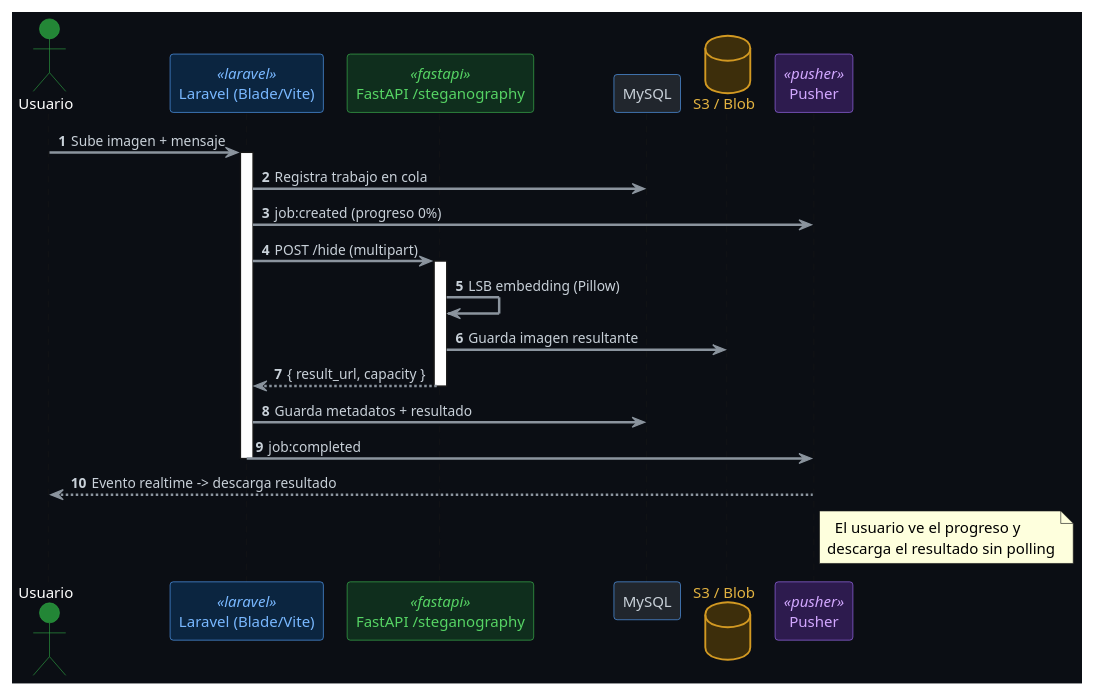
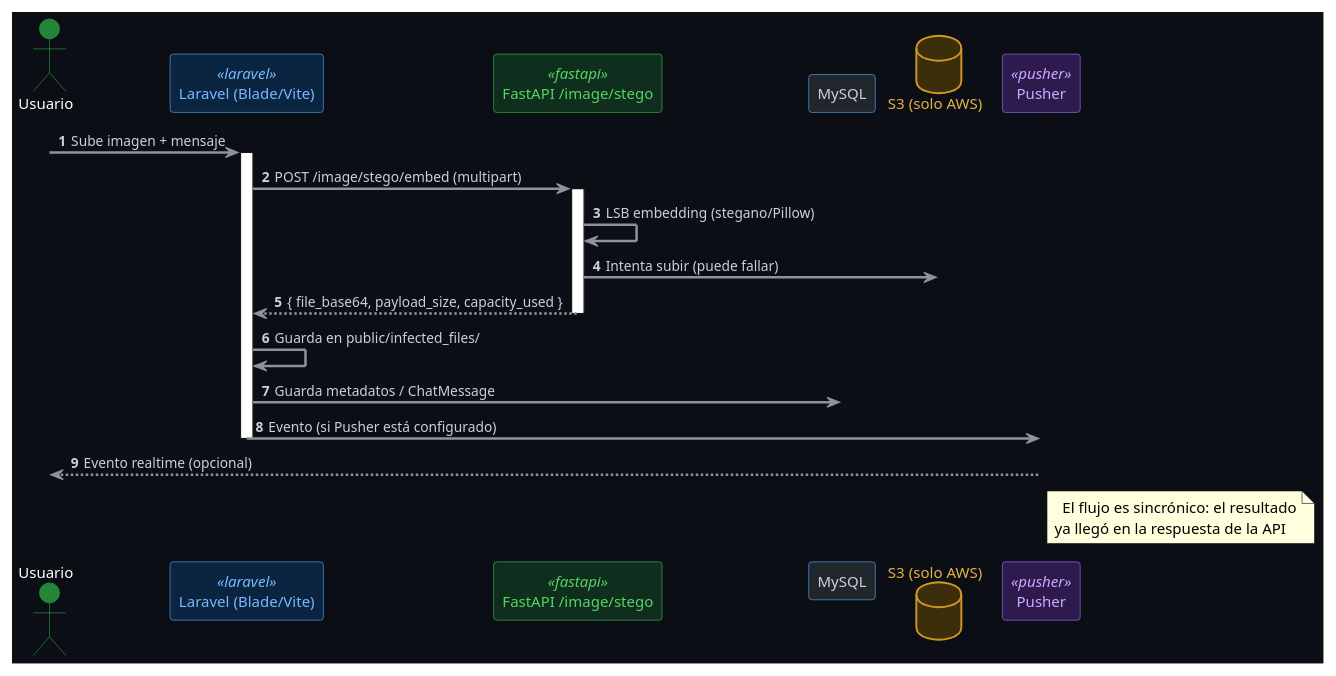
Before and after one commit to Aisaac123/KeyNography-: the tenth of 11 diagrams in docs/despliegue-multicloud.md, drawn with PlantUML. The commit also changed other lines of this file and 4 other files, not shown here.

````diff
--- a/docs/despliegue-multicloud.md
+++ b/docs/despliegue-multicloud.md
@@ -1008,69 +1015,68 @@
 ```plantuml
 @startuml Secuencia - Ocultar mensaje en imagen
 autonumber
 skinparam backgroundColor #0B0E14
 skinparam shadowing false
 skinparam defaultFontName "Segoe UI"
 skinparam defaultFontSize 12
 skinparam ArrowColor #8B949E
 skinparam ArrowFontColor #C9D1D9
 skinparam ArrowFontSize 11
 skinparam sequenceArrowThickness 2
 skinparam participant {
   BackgroundColor #21262D
   BorderColor #58A6FF
   FontColor #C9D1D9
 }
 skinparam participant<<laravel>> {
   BackgroundColor #0B2540
   BorderColor #58A6FF
   FontColor #79B8FF
 }
 skinparam participant<<fastapi>> {
   BackgroundColor #0F2E1D
   BorderColor #3FB950
   FontColor #56D364
 }
 skinparam participant<<pusher>> {
   BackgroundColor #2D1B4E
   BorderColor #A371F7
   FontColor #D2A8FF
 }
 skinparam database {
   BackgroundColor #3D2E0B
   BorderColor #D29922
   FontColor #E3B341
 }
 skinparam actor {
   BackgroundColor #238636
   BorderColor #2EA043
   FontColor #FFFFFF
 }
 
 actor "Usuario" as u
 participant "Laravel (Blade/Vite)" as app <<laravel>>
-participant "FastAPI /steganography" as api <<fastapi>>
+participant "FastAPI /image/stego" as api <<fastapi>>
 participant "MySQL" as db
-database "S3 / Blob" as s3
+database "S3 (solo AWS)" as s3
 participant "Pusher" as pusher <<pusher>>
 
 u -> app : Sube imagen + mensaje
 activate app
-app -> db : Registra trabajo en cola
-app -> pusher : job:created (progreso 0%)
-app -> api : POST /hide (multipart)
+app -> api : POST /image/stego/embed (multipart)
 activate api
-api -> api : LSB embedding (Pillow)
-api -> s3 : Guarda imagen resultante
-api --> app : { result_url, capacity }
+api -> api : LSB embedding (stegano/Pillow)
+api -> s3 : Intenta subir (puede fallar)
+api --> app : { file_base64, payload_size, capacity_used }
 deactivate api
-app -> db : Guarda metadatos + resultado
-app -> pusher : job:completed
+app -> app : Guarda en public/infected_files/
+app -> db : Guarda metadatos / ChatMessage
+app -> pusher : Evento (si Pusher está configurado)
 deactivate app
-pusher --> u : Evento realtime -> descarga resultado
+pusher --> u : Evento realtime (opcional)
 note right of pusher
-  El usuario ve el progreso y
-descarga el resultado sin polling
+  El flujo es sincrónico: el resultado
+ya llegó en la respuesta de la API
 end note
 @enduml
 ```
````
